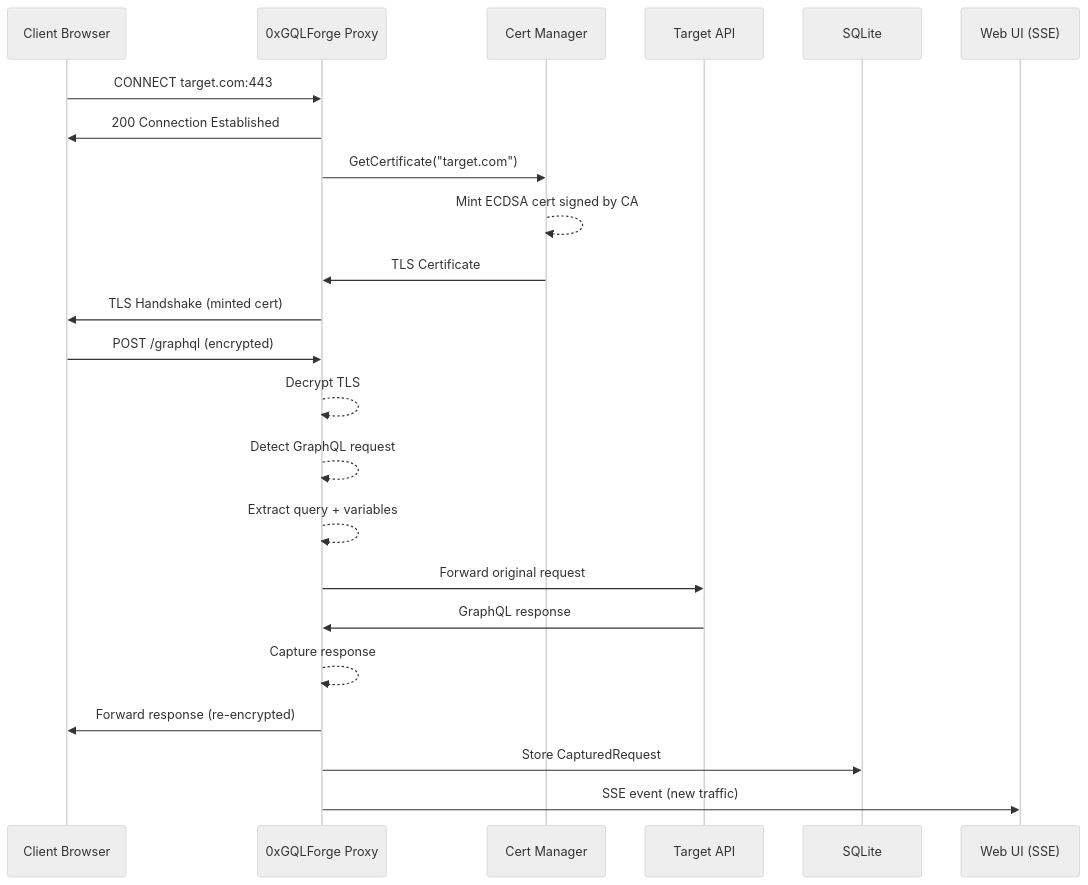
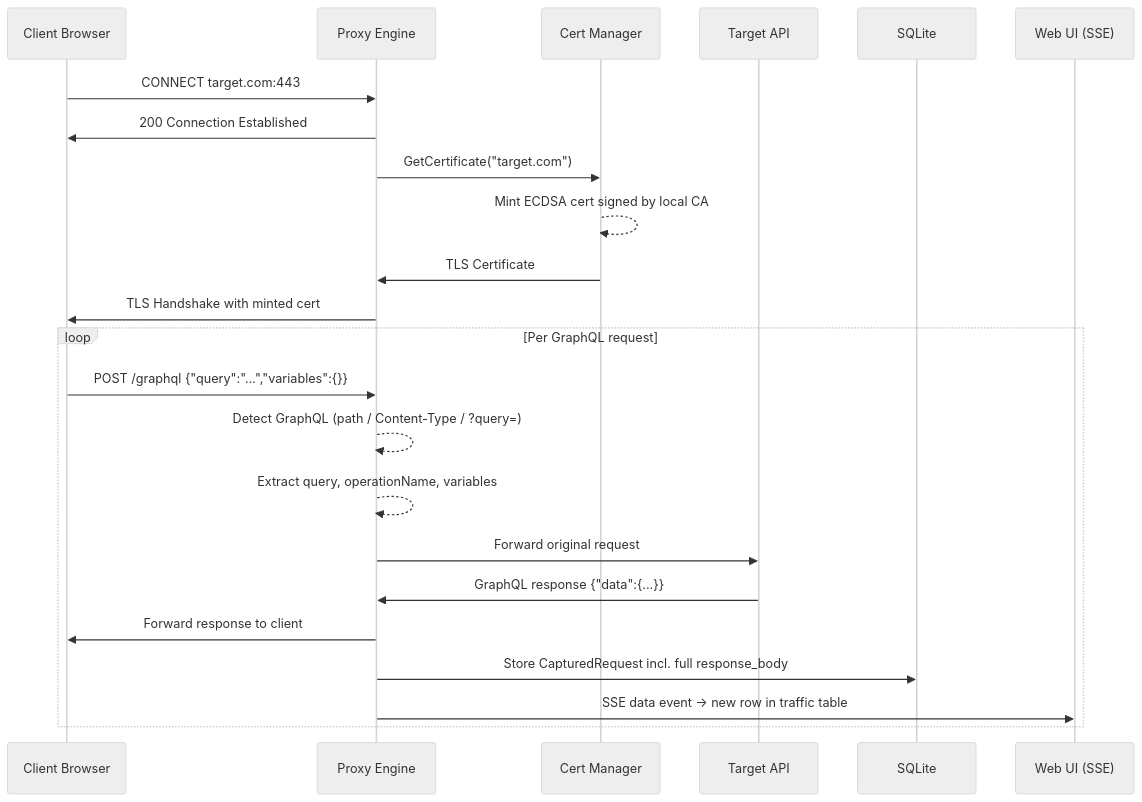
The third of 6 diagrams in README.md (0xDTC/0xGQLForge), drawn with Mermaid (neutral theme) before and after one commit. The commit also changed other lines of this file and 9 other files, not shown here.

First line of the commit message:
Refactor schema inference and project management features

````diff
--- a/README.md
+++ b/README.md
@@ -239,28 +246,28 @@
 ```mermaid
 sequenceDiagram
     participant C as Client Browser
-    participant P as 0xGQLForge Proxy
+    participant P as Proxy Engine
     participant CA as Cert Manager
     participant T as Target API
     participant DB as SQLite
     participant UI as Web UI (SSE)
 
     C->>P: CONNECT target.com:443
     P->>C: 200 Connection Established
     P->>CA: GetCertificate("target.com")
-    CA-->>CA: Mint ECDSA cert signed by CA
+    CA-->>CA: Mint ECDSA cert signed by local CA
     CA->>P: TLS Certificate
-    P->>C: TLS Handshake (minted cert)
+    P->>C: TLS Handshake with minted cert
 
-    C->>P: POST /graphql (encrypted)
-    P-->>P: Decrypt TLS
-    P-->>P: Detect GraphQL request
-    P-->>P: Extract query + variables
-    P->>T: Forward original request
-    T->>P: GraphQL response
-    P-->>P: Capture response
-    P->>C: Forward response (re-encrypted)
+    loop Per GraphQL request
+        C->>P: POST /graphql {"query":"...","variables":{}}
+        P-->>P: Detect GraphQL (path / Content-Type / ?query=)
+        P-->>P: Extract query, operationName, variables
+        P->>T: Forward original request
+        T->>P: GraphQL response {"data":{...}}
+        P->>C: Forward response to client
 
-    P->>DB: Store CapturedRequest
-    P->>UI: SSE event (new traffic)
+        P->>DB: Store CapturedRequest incl. full response_body
+        P->>UI: SSE data event → new row in traffic table
+    end
 ```
````
